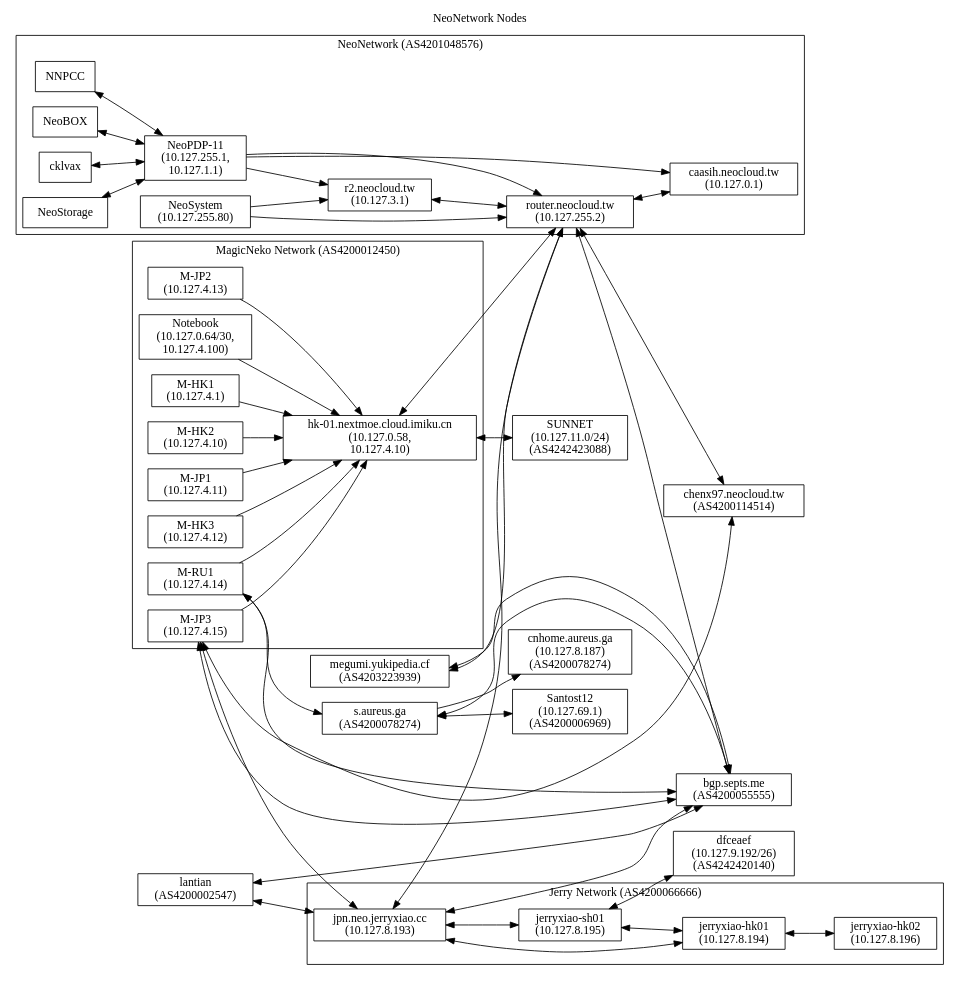
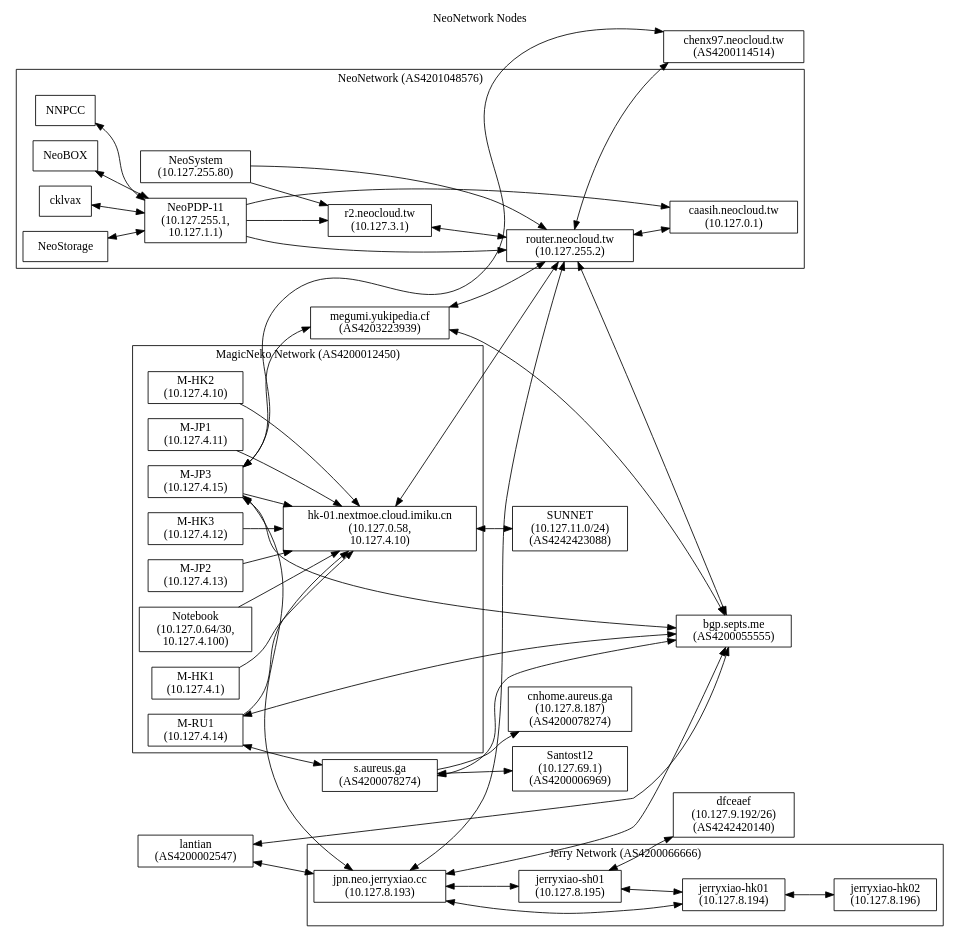
The diagram in nodes.dot (NeoCloud/NeoNetwork), drawn with Graphviz before and after one commit. The commit also changed 1 other file, not shown here.

Commit message:
new peer: magicneko_JP03 <-> megumiLHS

```diff
--- a/nodes.dot
+++ b/nodes.dot
@@ -1,95 +1,96 @@
 digraph "NeoNetwork Nodes"
 {
 	label="NeoNetwork Nodes";
 	labelloc="t";
 	rankdir=LR;
 	node [shape=box]
 	c [label="caasih.neocloud.tw\n(10.127.0.1)"]
 	ucbvax [label="router.neocloud.tw\n(10.127.255.2)"]
 	np11 [label="NeoPDP-11\n(10.127.255.1,\n10.127.1.1)"]
 	ns [label="NeoSystem\n(10.127.255.80)"]
 	megumiLHS [label="megumi.yukipedia.cf\n(AS4203223939)"]
 	pan [label="r2.neocloud.tw\n(10.127.3.1)"]
 	icecat_Explosion [label="hk-01.nextmoe.cloud.imiku.cn\n(10.127.0.58,\n10.127.4.10)"]
 	icecat_Notebook [label="Notebook\n(10.127.0.64/30,\n10.127.4.100)"]
 	magicneko_HK01 [label="M-HK1\n(10.127.4.1)"]
 	magicneko_HK02 [label="M-HK2\n(10.127.4.10)"]
 	magicneko_JP01 [label="M-JP1\n(10.127.4.11)"]
 	magicneko_HK03 [label="M-HK3\n(10.127.4.12)"]
 	magicneko_JP02 [label="M-JP2\n(10.127.4.13)"]
 	magicneko_RU01 [label="M-RU1\n(10.127.4.14)"]
 	magicneko_JP03 [label="M-JP3\n(10.127.4.15)"]
 	staph [label="s.aureus.ga\n(AS4200078274)"]
 	staph_CN [label="cnhome.aureus.ga\n(10.127.8.187)\n(AS4200078274)"]
 	chenx97 [label="chenx97.neocloud.tw\n(AS4200114514)"]
 	JerryXiao [label="jpn.neo.jerryxiao.cc\n(10.127.8.193)"]
 	JerryXiao_SH01 [label="jerryxiao-sh01\n(10.127.8.195)"]
 	JerryXiao_HK01 [label="jerryxiao-hk01\n(10.127.8.194)"]
 	JerryXiao_HK02 [label="jerryxiao-hk02\n(10.127.8.196)"]
 	septs [label="bgp.septs.me\n(AS4200055555)"]
 	lantian [label="lantian\n(AS4200002547)"]
 	dfceaef [label="dfceaef\n(10.127.9.192/26)\n(AS4242420140)"]
 	SUNNET [label="SUNNET\n(10.127.11.0/24)\n(AS4242423088)"]
 	santost12 [label="Santost12\n(10.127.69.1)\n(AS4200006969)"]
 	subgraph cluster_AS4201048576
 	{
 		label = "NeoNetwork (AS4201048576)";
 
 		NNPCC -> np11 [dir=both]
 		NeoBOX -> np11 [dir=both]
 		cklvax -> np11 [dir=both]
 		NeoStorage -> np11 [dir=both]
 		np11 -> ucbvax
 		np11 -> pan
 		np11 -> c
 		ucbvax -> c [dir=both]
 		ns -> ucbvax
 		ns -> pan
 		pan -> ucbvax [dir=both]
 	}
 
 	megumiLHS -> ucbvax [dir=both]
 	icecat_Explosion -> ucbvax [dir=both]
 	staph -> staph_CN
 	ucbvax -> chenx97 [dir=both]
 
 	subgraph cluster_AS4200012450
 	{
 		label="MagicNeko Network (AS4200012450)";
 
 		magicneko_HK01-> icecat_Explosion
 		magicneko_HK02-> icecat_Explosion
 		magicneko_JP01 -> icecat_Explosion
 		magicneko_HK03 -> icecat_Explosion
 		magicneko_JP02 -> icecat_Explosion
 		magicneko_RU01 -> icecat_Explosion
 		magicneko_JP03 -> icecat_Explosion
 		icecat_Notebook -> icecat_Explosion
 	}
 
 	subgraph cluster_AS4200066666
 	{
 		label="Jerry Network (AS4200066666)";
 
 		JerryXiao -> JerryXiao_SH01 [dir=both]
 		JerryXiao -> JerryXiao_HK01 [dir=both]
 		JerryXiao_SH01 -> JerryXiao_HK01 [dir=both]
 		JerryXiao_HK01 -> JerryXiao_HK02 [dir=both]
 	}
 
 	JerryXiao -> ucbvax [dir=both]
 	JerryXiao -> septs [dir=both]
 	JerryXiao_SH01 -> dfceaef [dir=both]
 	magicneko_JP03 -> JerryXiao [dir=both]
 	lantian -> septs [dir=both]
 	lantian -> JerryXiao [dir=both]
 	magicneko_JP03 -> septs [dir=both]
 	staph -> septs [dir=both]
 	ucbvax -> septs [dir=both]
 	magicneko_JP03 -> chenx97 [dir=both]
 	magicneko_RU01 -> staph [dir=both]
 	megumiLHS -> septs [dir=both]
 	icecat_Explosion -> SUNNET [dir=both]
 	staph -> santost12 [dir=both]
 	magicneko_RU01 -> septs [dir=both]
+	magicneko_JP03 -> megumiLHS [dir=both]
 }
```
